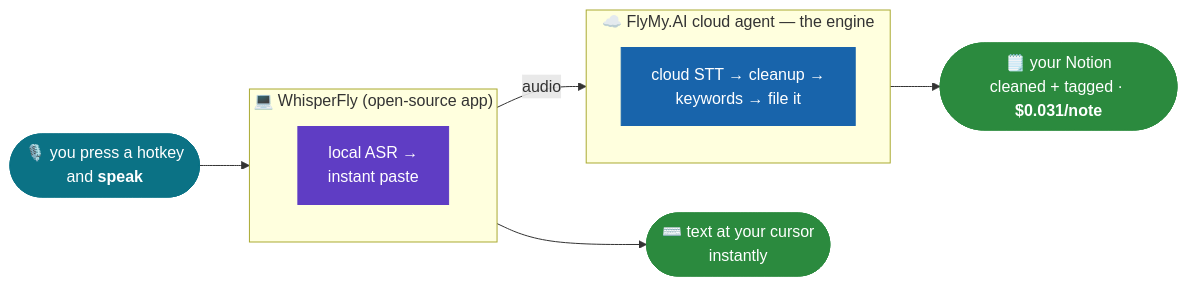
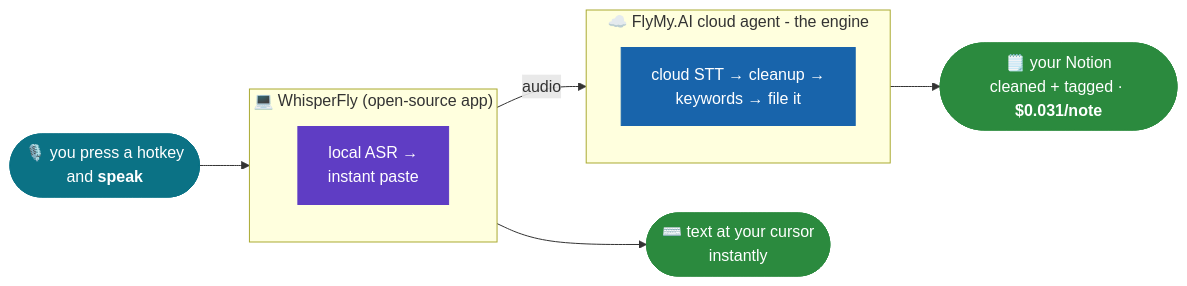
One commit to FlyMyAI/whisperfly changed the diagram in README.md. Above: the diagram before and after it, drawn with Mermaid. The commit also changed other lines of this file, not shown here.

````diff
--- a/README.md
+++ b/README.md
@@ -27,22 +31,22 @@
 ```mermaid
 flowchart LR
     U(["🎙️ you press a hotkey<br/>and <b>speak</b>"]) --> APP
 
     subgraph APP["💻 WhisperFly (open-source app)"]
         L["local ASR →<br/>instant paste"]
     end
 
     APP -->|audio| CLOUD
-    subgraph CLOUD["☁️ FlyMy.AI cloud agent — the engine"]
+    subgraph CLOUD["☁️ FlyMy.AI cloud agent - the engine"]
         STT["cloud STT → cleanup →<br/>keywords → file it"]
     end
 
     APP --> CUR(["⌨️ text at your cursor<br/>instantly"])
     CLOUD --> NOTION(["🗒️ your Notion<br/>cleaned + tagged · <b>$0.031/note</b>"])
 
     classDef you fill:#0b7285,stroke:#0b7285,color:#fff;
     classDef app fill:#5f3dc4,stroke:#5f3dc4,color:#fff;
     classDef cloud fill:#1864ab,stroke:#1864ab,color:#fff;
     classDef out fill:#2b8a3e,stroke:#2b8a3e,color:#fff;
     class U you; class L app; class STT cloud; class CUR,NOTION out;
 ```
````
